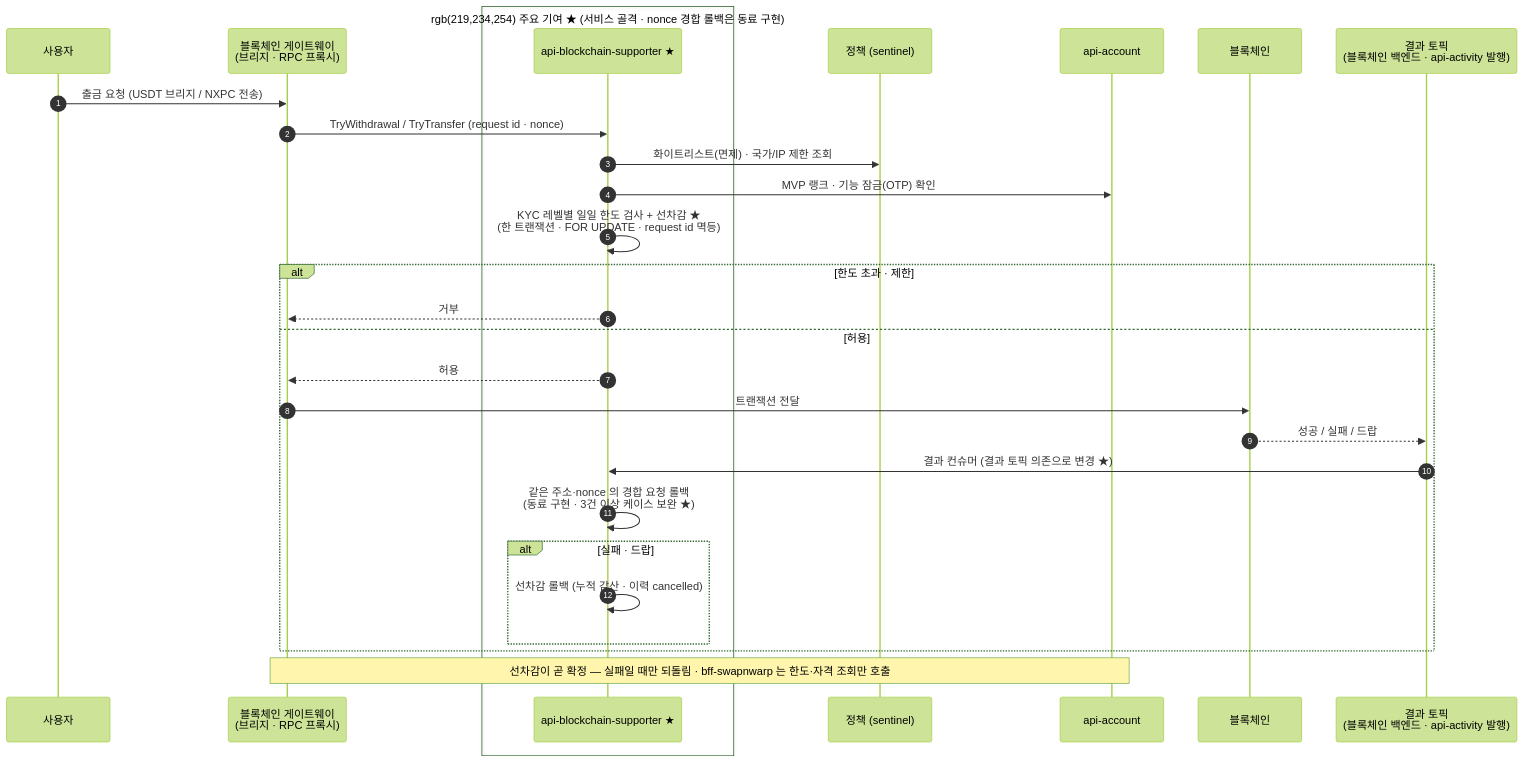
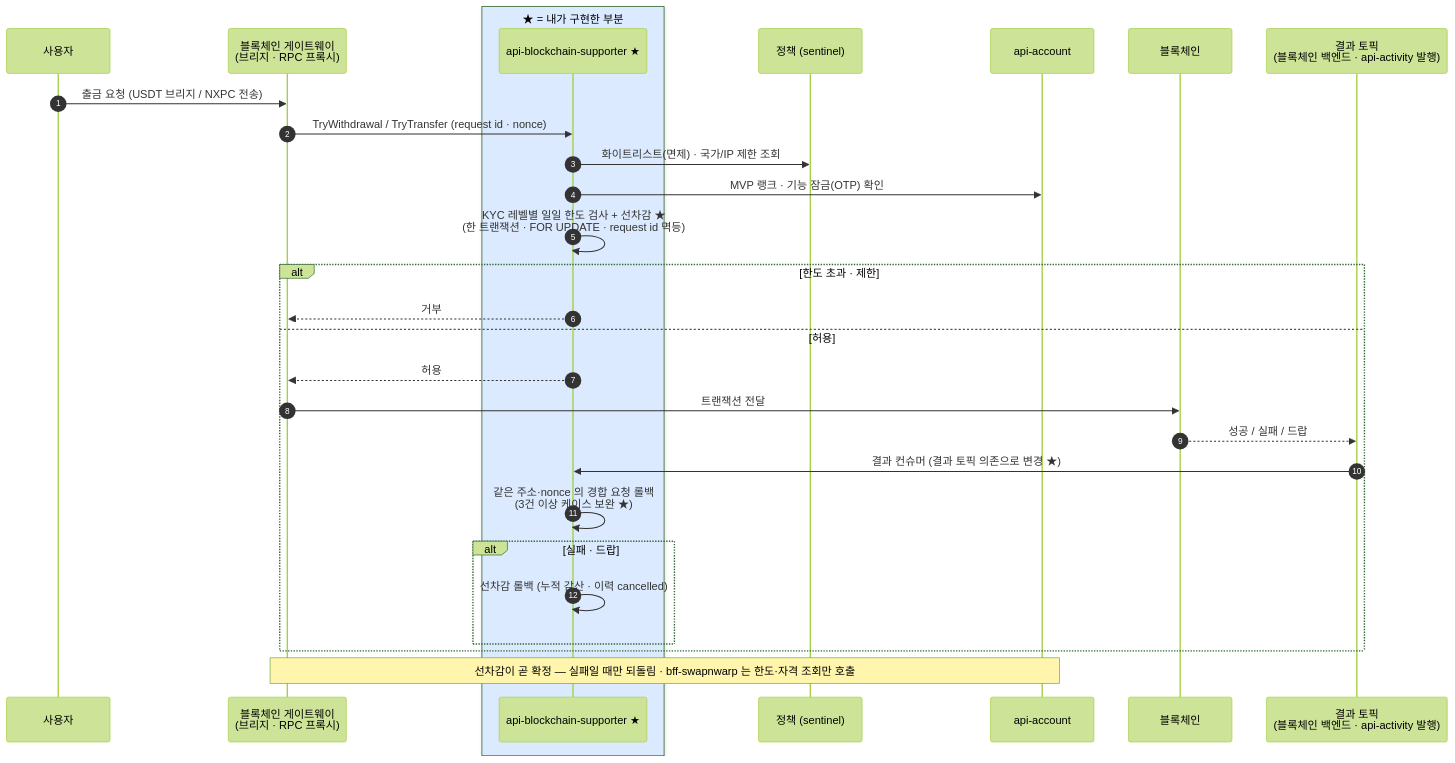
The diagram in content/diagrams/usdt.mmd (shalwxy/career), drawn with Mermaid (forest theme) before and after one commit. The commit also changed 15 other files, not shown here.

```diff
--- a/content/diagrams/usdt.mmd
+++ b/content/diagrams/usdt.mmd
@@ -1,31 +1,31 @@
 %% title: 스테이블 코인 출금 — 선차감과 결과 기반 롤백
 %% title_en: Stablecoin withdrawals — pre-deduction and result-driven rollback
 sequenceDiagram
     autonumber
     participant U as 사용자
     participant GW as 블록체인 게이트웨이<br/>(브리지 · RPC 프록시)
-    box rgb(219,234,254) 주요 기여 ★ (서비스 골격 · nonce 경합 롤백은 동료 구현)
+    box rgb(219,234,254) ★ = 내가 구현한 부분
     participant S as api-blockchain-supporter ★
     end
     participant P as 정책 (sentinel)
     participant AC as api-account
     participant BC as 블록체인
     participant K as 결과 토픽<br/>(블록체인 백엔드 · api-activity 발행)
     U->>GW: 출금 요청 (USDT 브리지 / NXPC 전송)
     GW->>S: TryWithdrawal / TryTransfer (request id · nonce)
     S->>P: 화이트리스트(면제) · 국가/IP 제한 조회
     S->>AC: MVP 랭크 · 기능 잠금(OTP) 확인
     S->>S: KYC 레벨별 일일 한도 검사 + 선차감 ★<br/>(한 트랜잭션 · FOR UPDATE · request id 멱등)
     alt 한도 초과 · 제한
         S-->>GW: 거부
     else 허용
         S-->>GW: 허용
         GW->>BC: 트랜잭션 전달
         BC-->>K: 성공 / 실패 / 드랍
         K->>S: 결과 컨슈머 (결과 토픽 의존으로 변경 ★)
-        S->>S: 같은 주소·nonce 의 경합 요청 롤백<br/>(동료 구현 · 3건 이상 케이스 보완 ★)
+        S->>S: 같은 주소·nonce 의 경합 요청 롤백<br/>(3건 이상 케이스 보완 ★)
         alt 실패 · 드랍
             S->>S: 선차감 롤백 (누적 감산 · 이력 cancelled)
         end
     end
     note over GW,AC: 선차감이 곧 확정 — 실패일 때만 되돌림 · bff-swapnwarp 는 한도·자격 조회만 호출
```
